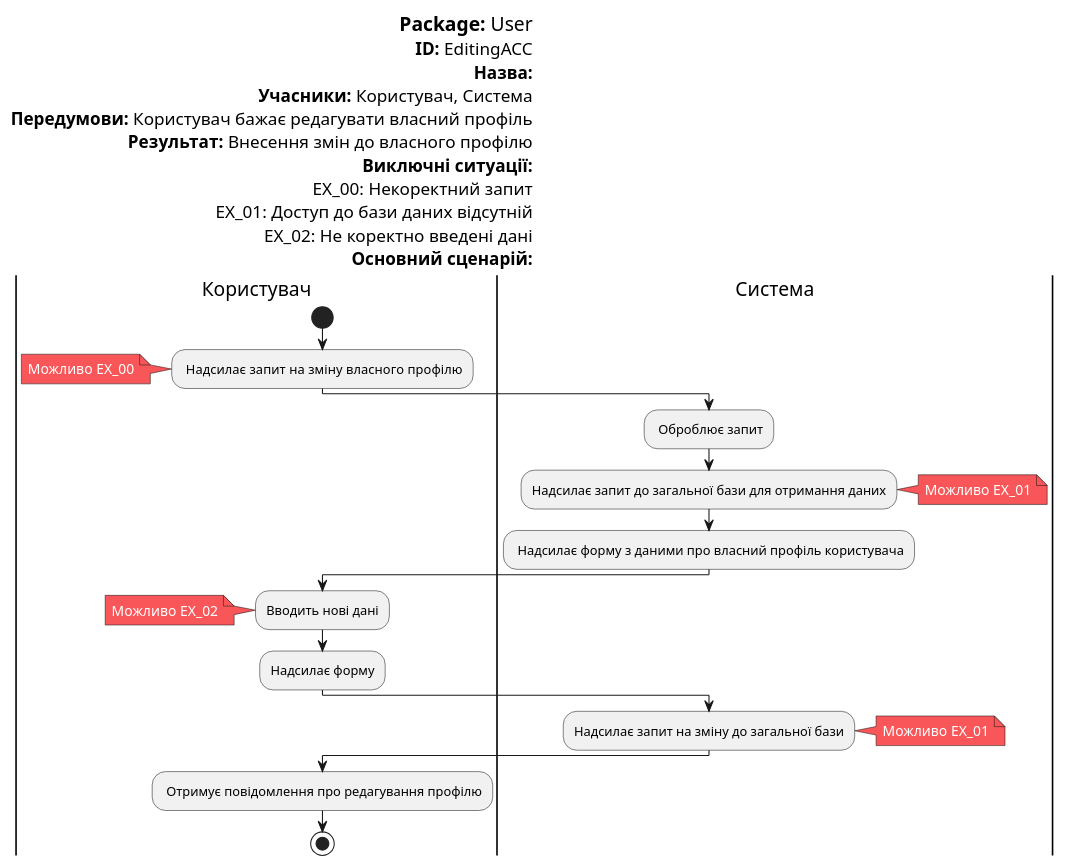
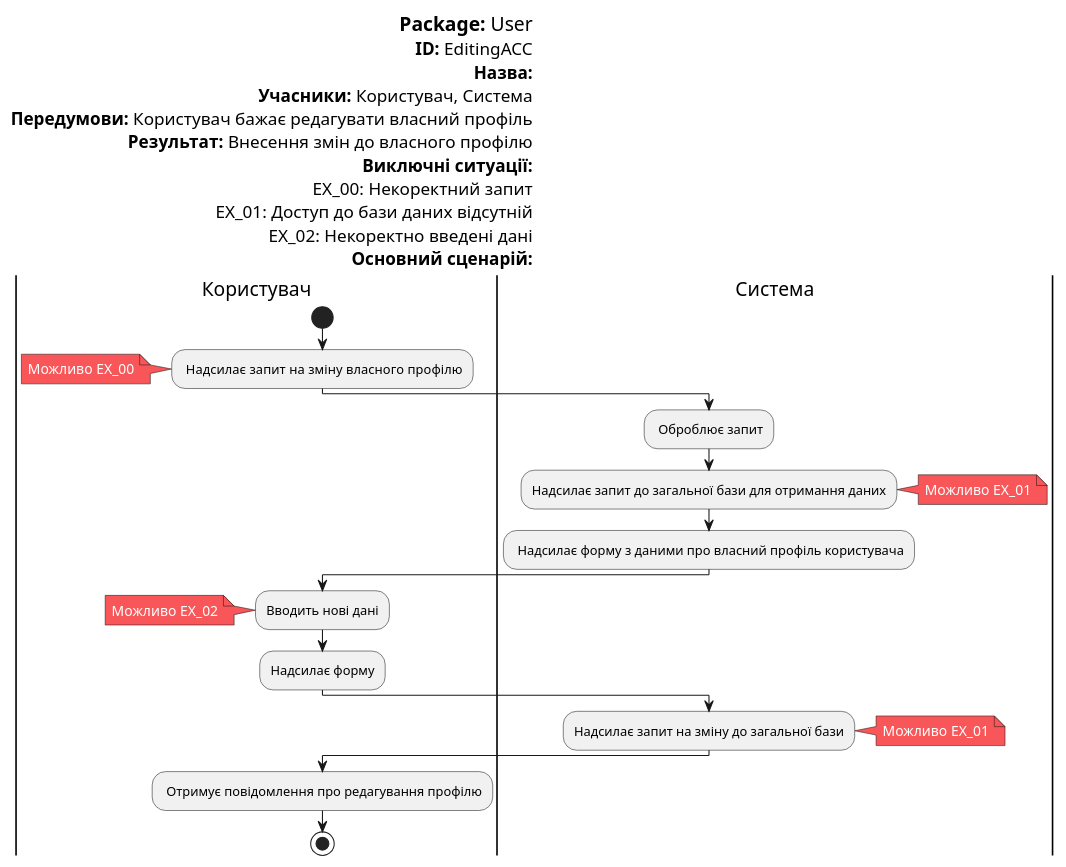
One commit to KepAlex-404/robin changed the diagram in docs/UC/User/profileEd.puml. Above: the diagram before and after it, drawn with PlantUML.

Commit message:
corrected mistake User:profileEd

```diff
--- a/docs/UC/User/profileEd.puml
+++ b/docs/UC/User/profileEd.puml
@@ -1,58 +1,58 @@
 @startuml EditAction
 
 left header
 <font color=000 size=18><b>Package:</b> User
 <font color=000 size=16><b>ID:</b> EditingACC
 <font color=000 size=16><b>Назва:</b> 
 <font color=000 size=16><b>Учасники:</b> Користувач, Система
 <font color=000 size=16><b>Передумови:</b> Користувач бажає редагувати власний профіль
 <font color=000 size=16><b>Результат:</b> Внесення змін до власного профілю
 <font color=000 size=16><b>Виключні ситуації:</b>
 <font color=000 size=16>EX_00: Некоректний запит
 <font color=000 size=16>EX_01: Доступ до бази даних відсутній
-<font color=000 size=16>EX_02: Не коректно введені дані
+<font color=000 size=16>EX_02: Некоректно введені дані
 <font color=000 size=16><b>Основний сценарій:</b>
 end header
 
 
 skinparam	shadowing false
 skinparam Note {
 	BackgroundColor #f85658
 	FontColor #ffffff
 }
 
 |Користувач|
 start
 : Надсилає запит на зміну  власного профілю;
 note left
 Можливо ЕХ_00
 end note
 
 |Система|
 : Оброблює запит;
 
 |Система|
 :Надсилає запит до загальної бази для отримання даних;
 note right
 Можливо ЕХ_01
 end note
 : Надсилає форму з даними про власний профіль користувача;
 
 |Користувач|
 :Вводить нові дані;
 note left
 Можливо ЕХ_02
 end note
 :Надсилає форму;
 
 |Система|
 :Надсилає запит на зміну до загальної бази;
 note right
 Можливо ЕХ_01
 end note
 
 |Користувач|
 : Отримує повідомлення про редагування профілю;
 
 stop;
 @enduml
```
